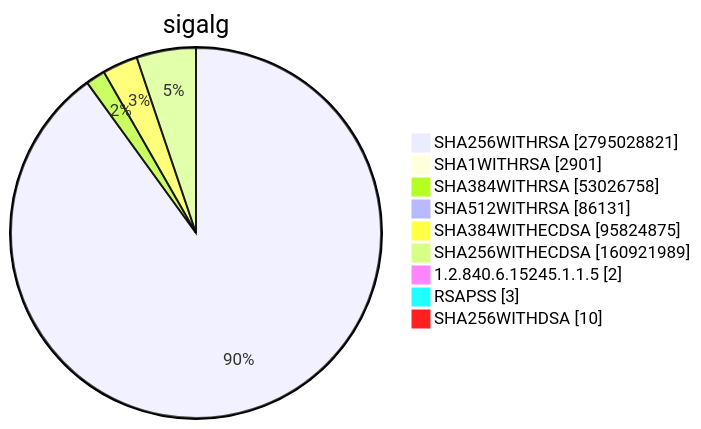
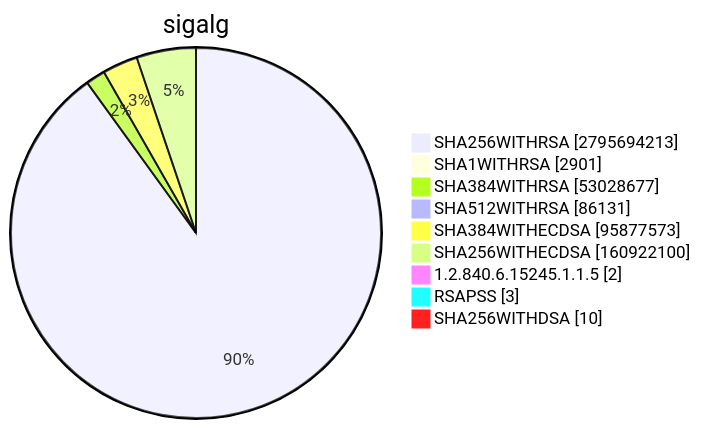
Diagram 15 of 15 in TOTAL/README.md (christiankrug/ctmonitor_visualization), drawn with Mermaid before and after one commit. The commit also changed other lines of this file, not shown here.

````diff
--- a/TOTAL/README.md
+++ b/TOTAL/README.md
@@ -6207,13 +6207,13 @@
 ```mermaid
 pie showData
 title sigalg
-"SHA256WITHRSA" :2795028821
+"SHA256WITHRSA" :2795694213
 "SHA1WITHRSA" :2901
-"SHA384WITHRSA" :53026758
+"SHA384WITHRSA" :53028677
 "SHA512WITHRSA" :86131
-"SHA384WITHECDSA" :95824875
-"SHA256WITHECDSA" :160921989
+"SHA384WITHECDSA" :95877573
+"SHA256WITHECDSA" :160922100
 "1.2.840.6.15245.1.1.5" :2
 "RSAPSS" :3
 "SHA256WITHDSA" :10
 ```
````
